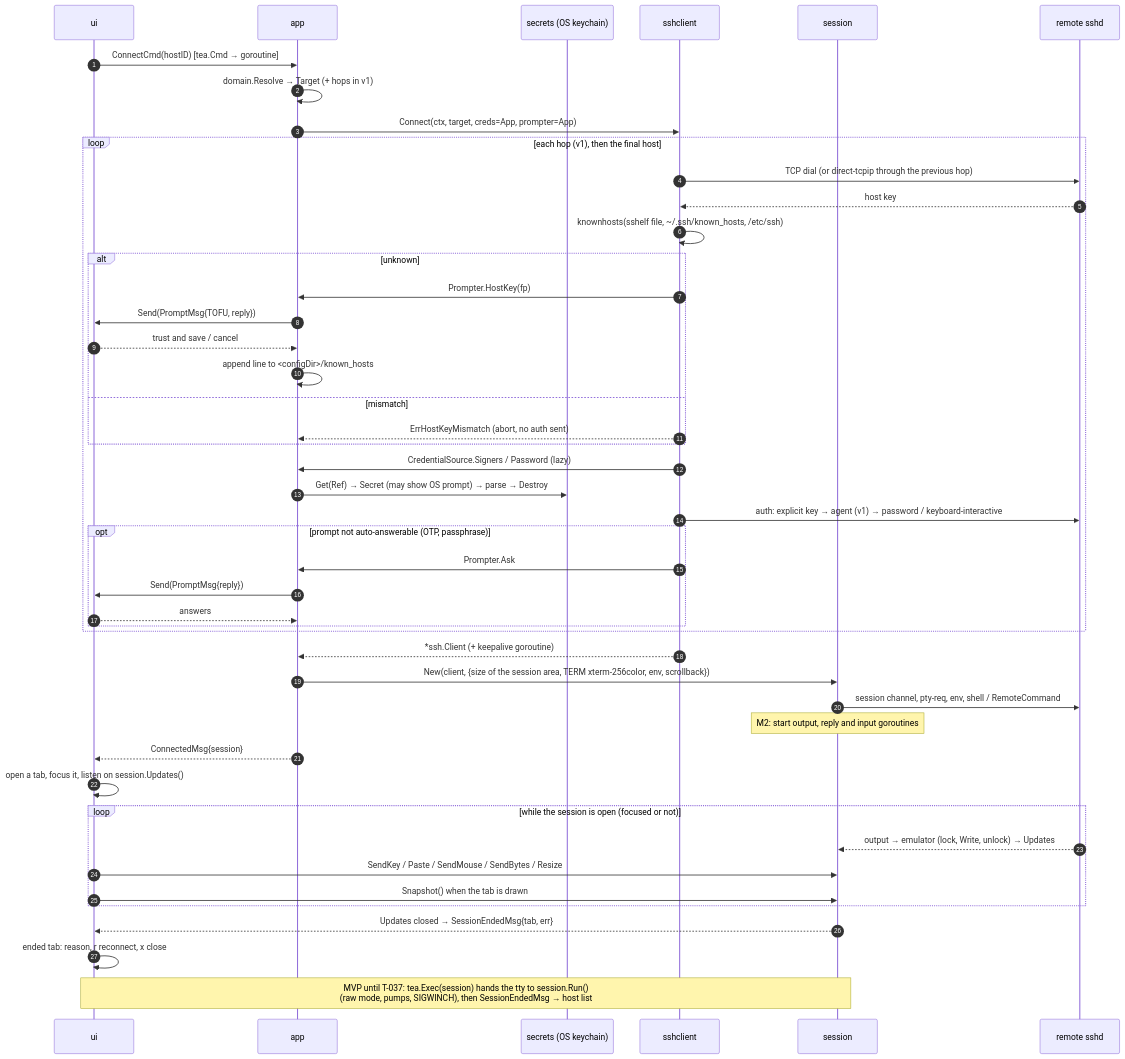
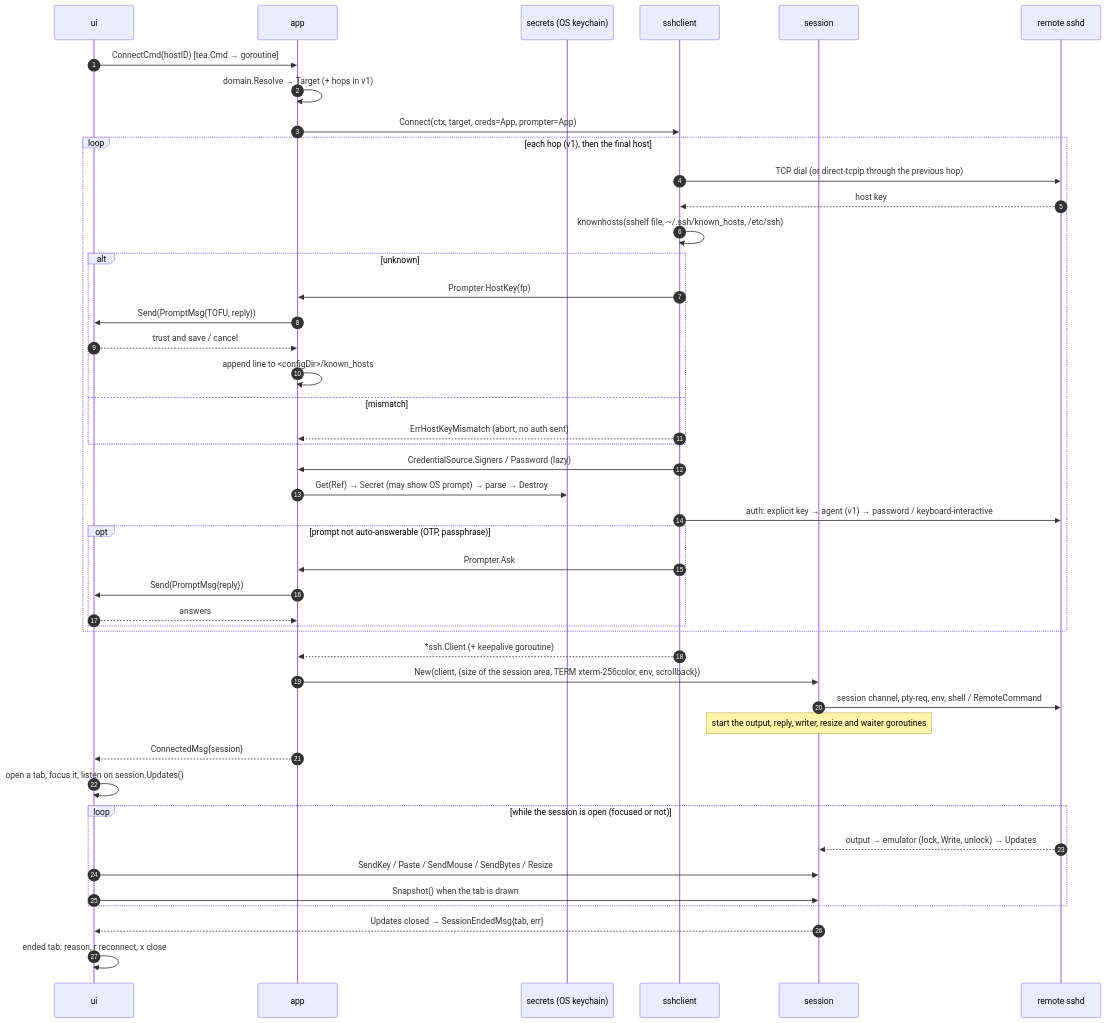
One commit to RafaelXokito/sshelf changed the second of 4 diagrams in specs/architecture/design.md. Above: the diagram before and after it, drawn with Mermaid. The commit also changed other lines of this file and 1 other file, not shown here.

````diff
--- a/specs/architecture/design.md
+++ b/specs/architecture/design.md
@@ -1008,49 +1018,48 @@
 ```mermaid
 sequenceDiagram
     autonumber
     participant UI as ui
     participant App as app
     participant K as secrets (OS keychain)
     participant C as sshclient
     participant S as session
     participant R as remote sshd
 
     UI->>App: ConnectCmd(hostID) [tea.Cmd → goroutine]
     App->>App: domain.Resolve → Target (+ hops in v1)
     App->>C: Connect(ctx, target, creds=App, prompter=App)
     loop each hop (v1), then the final host
         C->>R: TCP dial (or direct-tcpip through the previous hop)
         R-->>C: host key
         C->>C: knownhosts(sshelf file, ~/.ssh/known_hosts, /etc/ssh)
         alt unknown
             C->>App: Prompter.HostKey(fp)
             App->>UI: Send(PromptMsg{TOFU, reply})
             UI-->>App: trust and save / cancel
             App->>App: append line to <configDir>/known_hosts
         else mismatch
             C-->>App: ErrHostKeyMismatch (abort, no auth sent)
         end
         C->>App: CredentialSource.Signers / Password (lazy)
         App->>K: Get(Ref) → Secret (may show OS prompt) → parse → Destroy
         C->>R: auth: explicit key → agent (v1) → password / keyboard-interactive
         opt prompt not auto-answerable (OTP, passphrase)
             C->>App: Prompter.Ask
             App->>UI: Send(PromptMsg{reply})
             UI-->>App: answers
         end
     end
     C-->>App: *ssh.Client (+ keepalive goroutine)
     App->>S: New(client, {size of the session area, TERM xterm-256color, env, scrollback})
     S->>R: session channel, pty-req, env, shell / RemoteCommand
-    Note over S: M2: start output, reply and input goroutines
+    Note over S: start the output, reply, writer, resize and waiter goroutines
     App-->>UI: ConnectedMsg{session}
     UI->>UI: open a tab, focus it, listen on session.Updates()
     loop while the session is open (focused or not)
         R-->>S: output → emulator (lock, Write, unlock) → Updates
         UI->>S: SendKey / Paste / SendMouse / SendBytes / Resize
         UI->>S: Snapshot() when the tab is drawn
     end
     S-->>UI: Updates closed → SessionEndedMsg{tab, err}
     UI->>UI: ended tab: reason, r reconnect, x close
-    Note over UI,S: MVP until T-037: tea.Exec(session) hands the tty to session.Run()<br/>(raw mode, pumps, SIGWINCH), then SessionEndedMsg → host list
 ```
````
